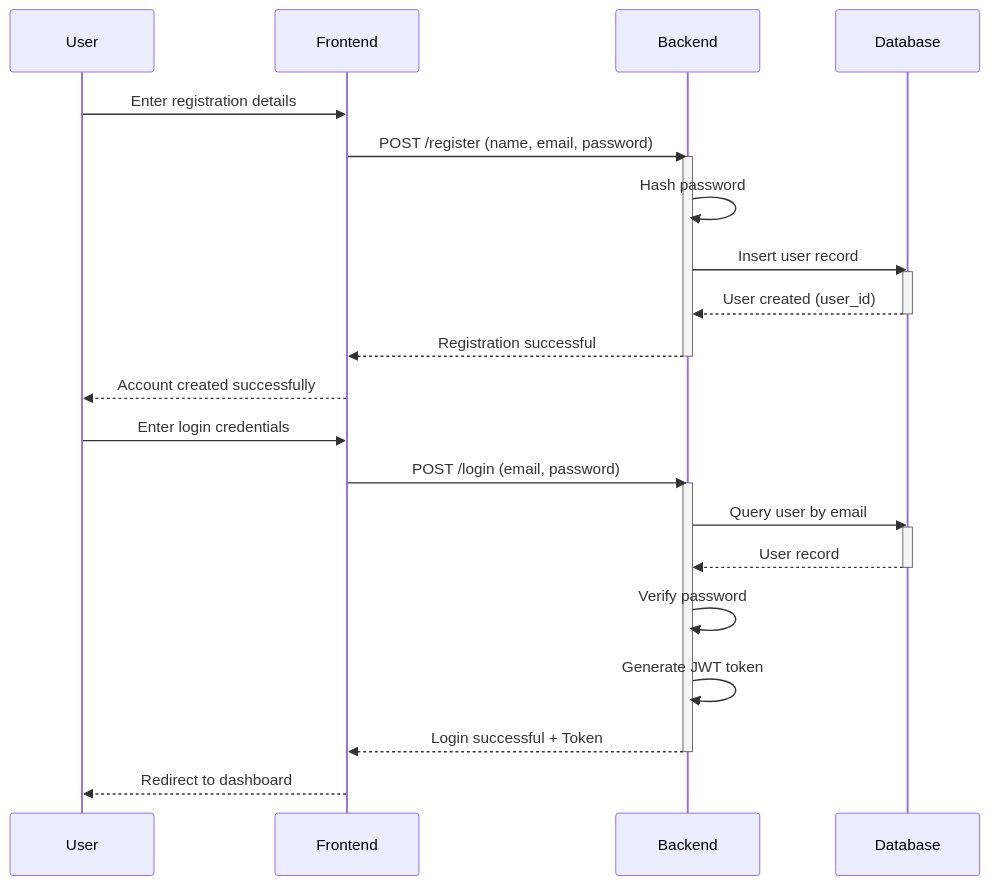
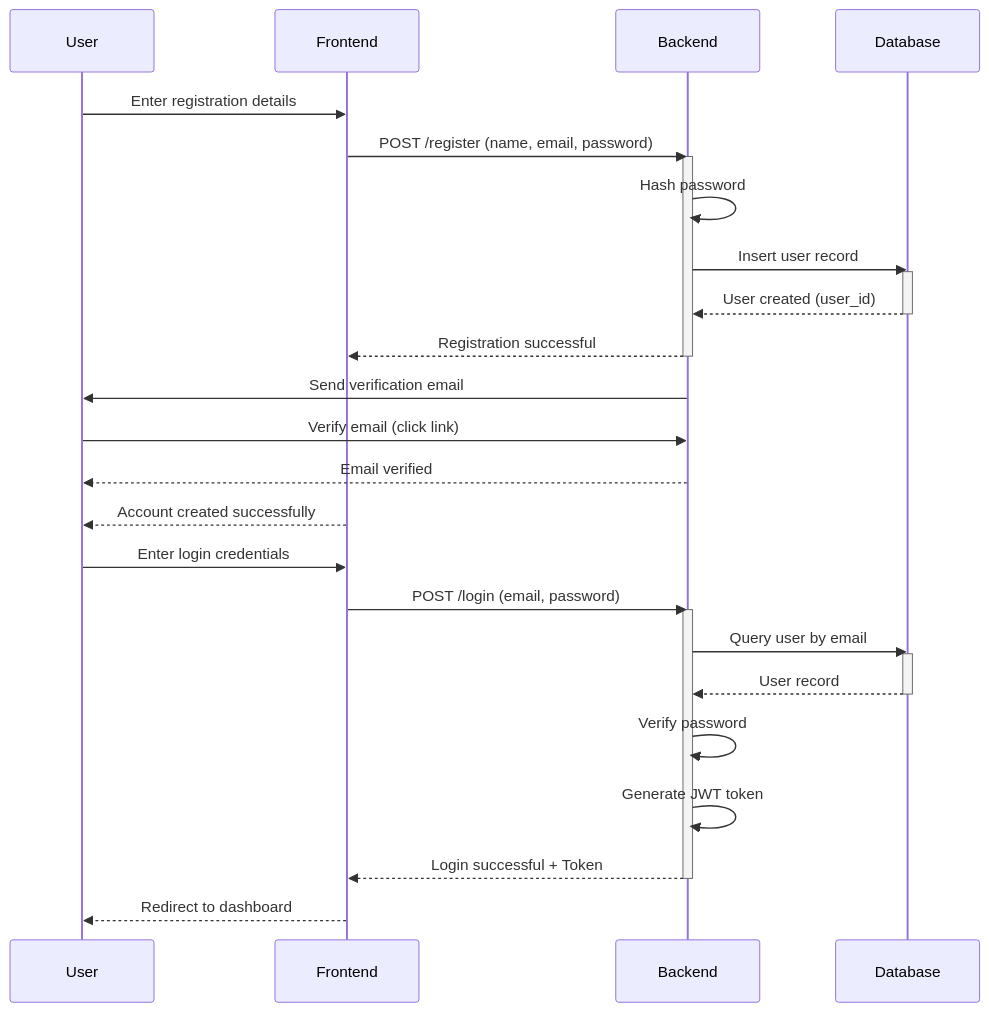
Before and after one commit to sanjana2505006/Coco: the first of 9 diagrams in sequenceDiagram.md, drawn with Mermaid. The commit also changed other lines of this file and 3 other files, not shown here.

````diff
--- a/sequenceDiagram.md
+++ b/sequenceDiagram.md
@@ -5,32 +5,35 @@
 ```mermaid
 sequenceDiagram
     participant User
     participant Frontend
     participant Backend
     participant Database
 
     User->>Frontend: Enter registration details
     Frontend->>Backend: POST /register (name, email, password)
     activate Backend
     Backend->>Backend: Hash password
     Backend->>Database: Insert user record
     activate Database
     Database-->>Backend: User created (user_id)
     deactivate Database
     Backend-->>Frontend: Registration successful
     deactivate Backend
+    Backend->>User: Send verification email
+    User->>Backend: Verify email (click link)
+    Backend-->>User: Email verified
     Frontend-->>User: Account created successfully
 
     User->>Frontend: Enter login credentials
     Frontend->>Backend: POST /login (email, password)
     activate Backend
     Backend->>Database: Query user by email
     activate Database
     Database-->>Backend: User record
     deactivate Database
     Backend->>Backend: Verify password
     Backend->>Backend: Generate JWT token
     Backend-->>Frontend: Login successful + Token
     deactivate Backend
     Frontend-->>User: Redirect to dashboard
 ```
````
